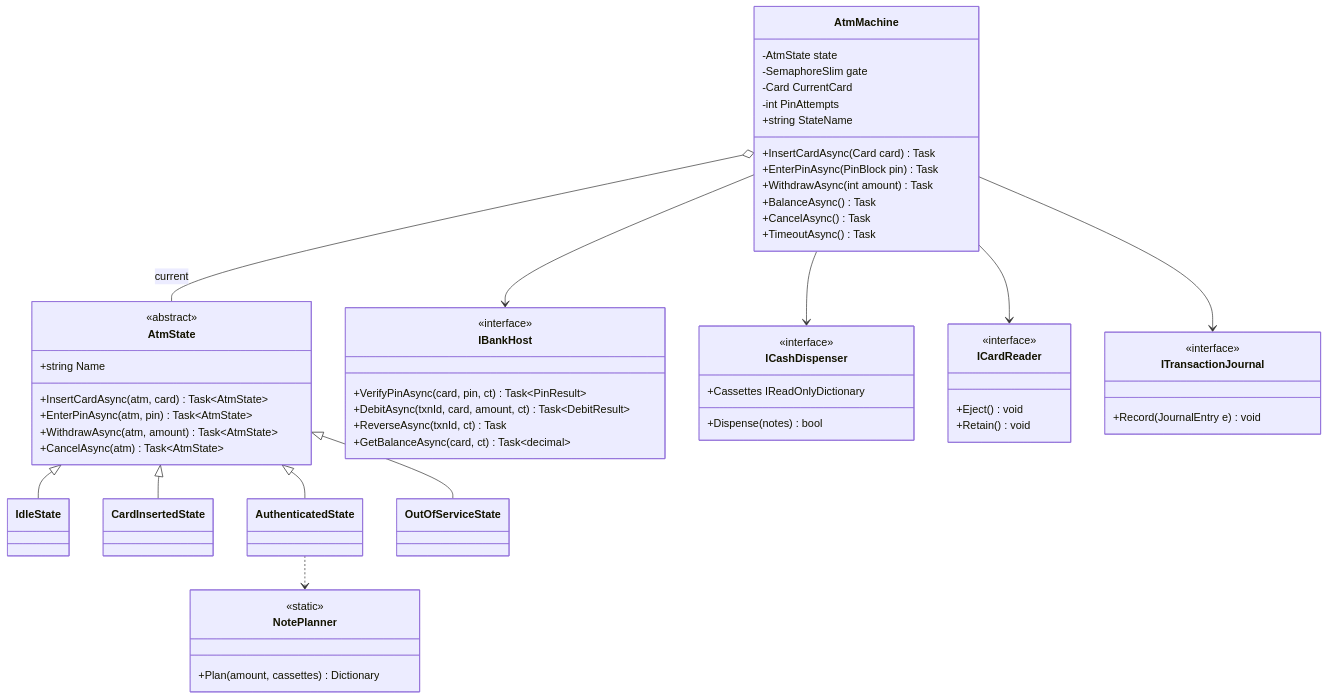
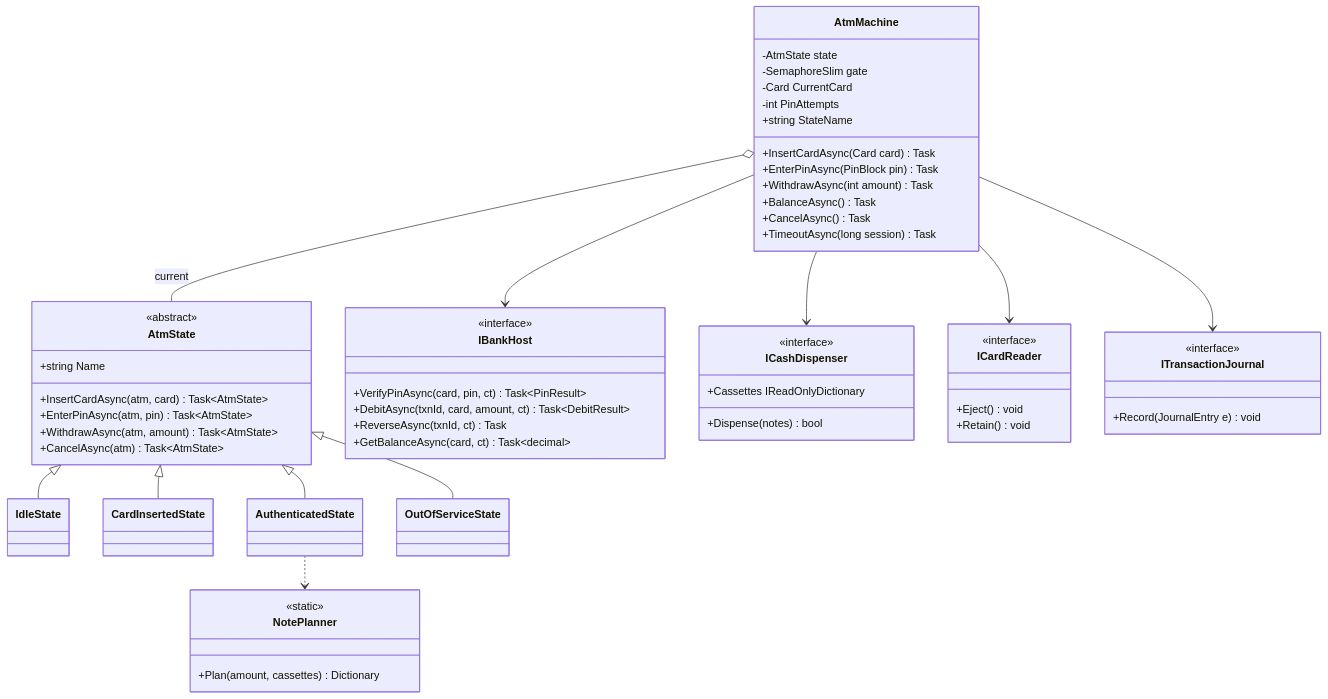
The first of 4 diagrams in content/lessons/m18/m18-atm.md (rizwi0786/system-design-lab), drawn with Mermaid before and after one commit. The commit also changed other lines of this file and 334 other files, not shown here.

````diff
--- a/content/lessons/m18/m18-atm.md
+++ b/content/lessons/m18/m18-atm.md
@@ -118,63 +118,63 @@
 ```mermaid
 classDiagram
     class AtmMachine {
         -AtmState state
         -SemaphoreSlim gate
         -Card CurrentCard
         -int PinAttempts
         +string StateName
         +InsertCardAsync(Card card) Task
         +EnterPinAsync(PinBlock pin) Task
         +WithdrawAsync(int amount) Task
         +BalanceAsync() Task
         +CancelAsync() Task
-        +TimeoutAsync() Task
+        +TimeoutAsync(long session) Task
     }
     class AtmState {
         <<abstract>>
         +string Name
         +InsertCardAsync(atm, card) Task~AtmState~
         +EnterPinAsync(atm, pin) Task~AtmState~
         +WithdrawAsync(atm, amount) Task~AtmState~
         +CancelAsync(atm) Task~AtmState~
     }
     class IdleState
     class CardInsertedState
     class AuthenticatedState
     class OutOfServiceState
     class IBankHost {
         <<interface>>
         +VerifyPinAsync(card, pin, ct) Task~PinResult~
         +DebitAsync(txnId, card, amount, ct) Task~DebitResult~
         +ReverseAsync(txnId, ct) Task
         +GetBalanceAsync(card, ct) Task~decimal~
     }
     class ICashDispenser {
         <<interface>>
         +Cassettes IReadOnlyDictionary
         +Dispense(notes) bool
     }
     class ICardReader {
         <<interface>>
         +Eject() void
         +Retain() void
     }
     class ITransactionJournal {
         <<interface>>
         +Record(JournalEntry e) void
     }
     class NotePlanner {
         <<static>>
         +Plan(amount, cassettes) Dictionary
     }
     AtmMachine o-- AtmState : current
     AtmState <|-- IdleState
     AtmState <|-- CardInsertedState
     AtmState <|-- AuthenticatedState
     AtmState <|-- OutOfServiceState
     AtmMachine --> IBankHost
     AtmMachine --> ICashDispenser
     AtmMachine --> ICardReader
     AtmMachine --> ITransactionJournal
     AuthenticatedState ..> NotePlanner
 ```
````
